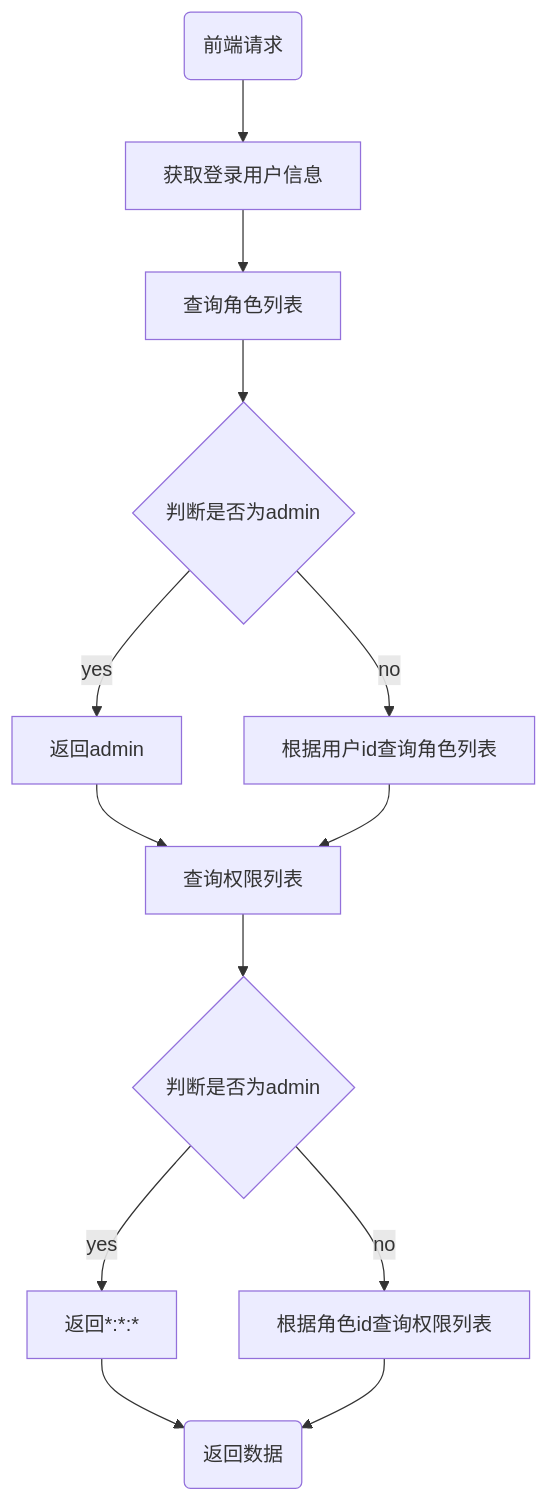
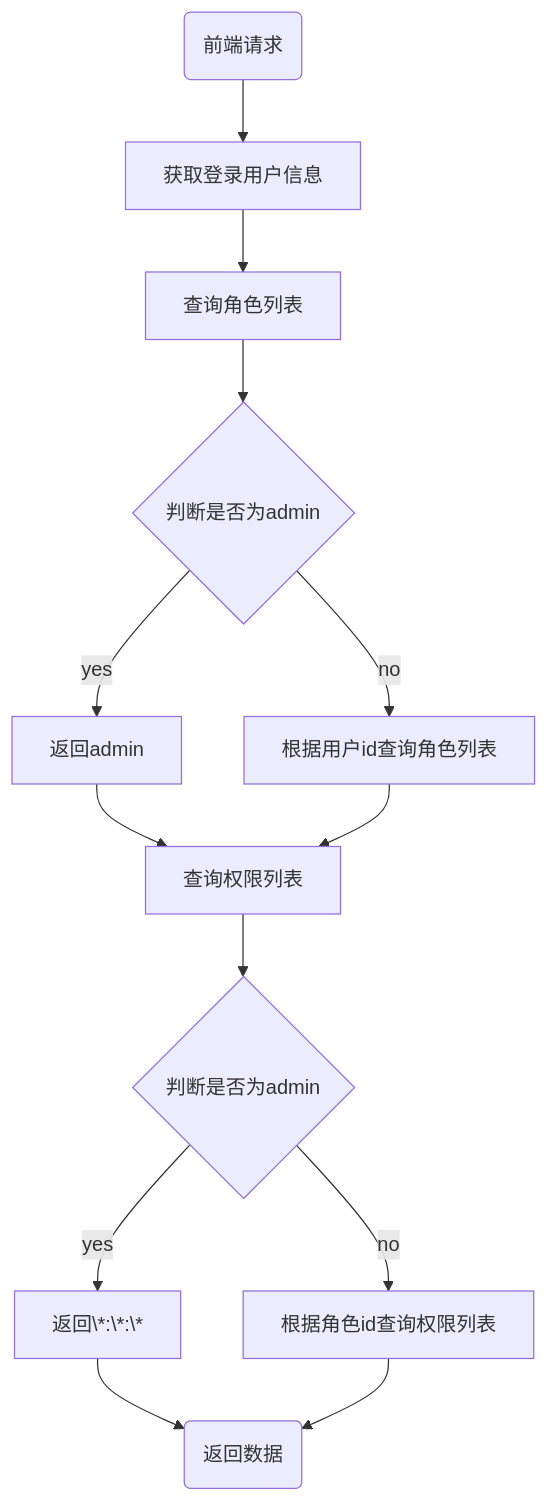
One commit to Zt2tzzt/dkd-parent changed the second of 5 diagrams in Note/27-原理篇-RBAC权限控制.md. Above: the diagram before and after it, drawn with Mermaid. The commit also changed other lines of this file and 2 other files, not shown here.

````diff
--- a/Note/27-原理篇-RBAC权限控制.md
+++ b/Note/27-原理篇-RBAC权限控制.md
@@ -122,15 +122,15 @@
 ```mermaid
 graph TD
 A(前端请求) -->B[获取登录用户信息]
     B --> C[查询角色列表]
     C --> D{判断是否为admin}
     D -->|yes| E[返回admin]
     D -->|no| F[根据用户id查询角色列表]
     E --> G[查询权限列表]
     F --> G
     G --> H{判断是否为admin}
-    H -->|yes| I[返回*:*:*]
+    H -->|yes| I[返回\*:\*:\*]
     H -->|no| J[根据角色id查询权限列表]
     I --> K(返回数据)
     J --> K
 ```
````
